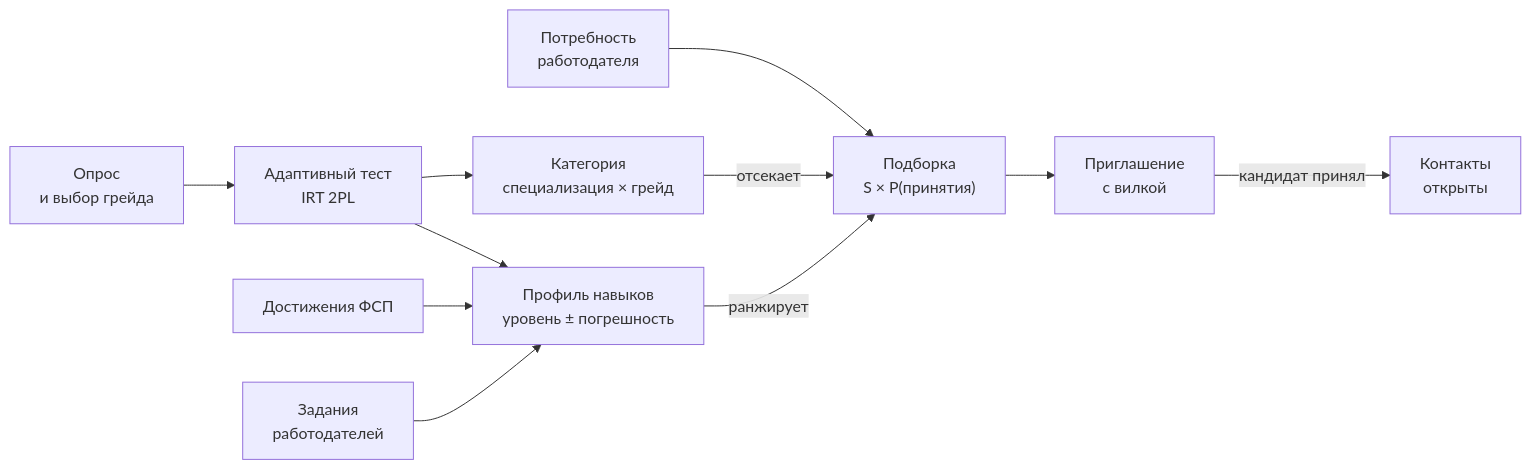
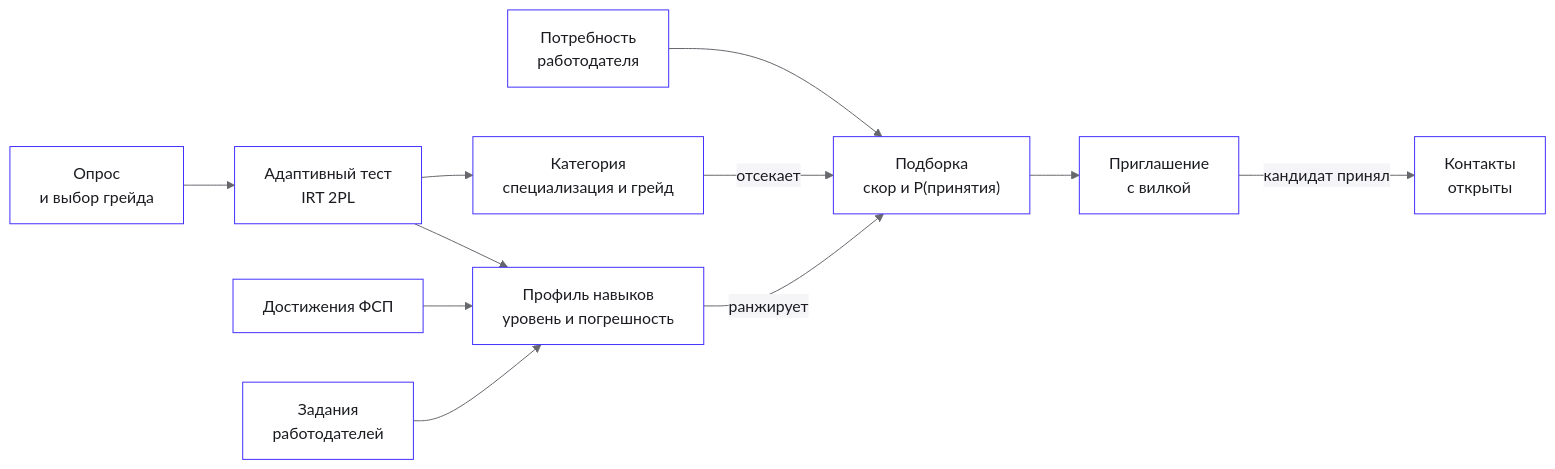
Before and after one commit to GoatWhistle/lct-fsp: the diagram in README.md, drawn with Mermaid. The commit also changed other lines of this file and 143 other files, not shown here.

````diff
--- a/README.md
+++ b/README.md
@@ -101,13 +74,14 @@
 ```mermaid
+%%{init: {"theme":"base","themeVariables":{"primaryColor":"#ffffff","primaryTextColor":"#1b1c21","primaryBorderColor":"#402fff","secondaryColor":"#f5f5f8","tertiaryColor":"#f5f5f8","lineColor":"#66676d","textColor":"#1b1c21","noteBkgColor":"#f5f5f8","noteTextColor":"#55565c","actorBkg":"#ffffff","actorBorder":"#402fff","fontFamily":"Onest Variable"}}}%%
 flowchart LR
     A["Опрос<br/>и выбор грейда"] --> T["Адаптивный тест<br/>IRT 2PL"]
-    T --> C["Категория<br/>специализация × грейд"]
-    T --> P["Профиль навыков<br/>уровень ± погрешность"]
+    T --> C["Категория<br/>специализация и грейд"]
+    T --> P["Профиль навыков<br/>уровень и погрешность"]
     F["Достижения ФСП"] --> P
     R["Задания<br/>работодателей"] --> P
-    N["Потребность<br/>работодателя"] --> S["Подборка<br/>S × P(принятия)"]
+    N["Потребность<br/>работодателя"] --> S["Подборка<br/>скор и P(принятия)"]
     C -- "отсекает" --> S
     P -- "ранжирует" --> S
     S --> I["Приглашение<br/>с вилкой"]
     I -- "кандидат принял" --> O["Контакты<br/>открыты"]
 ```
````
